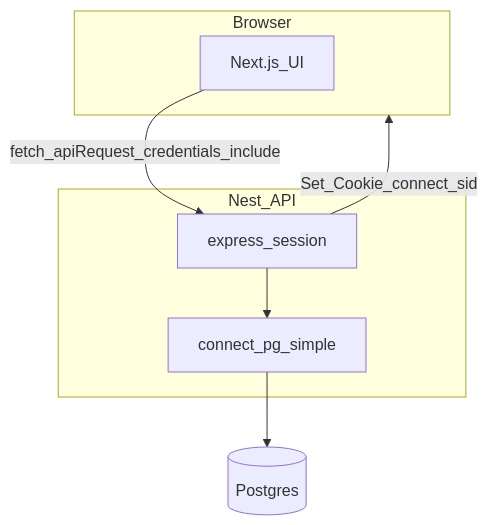
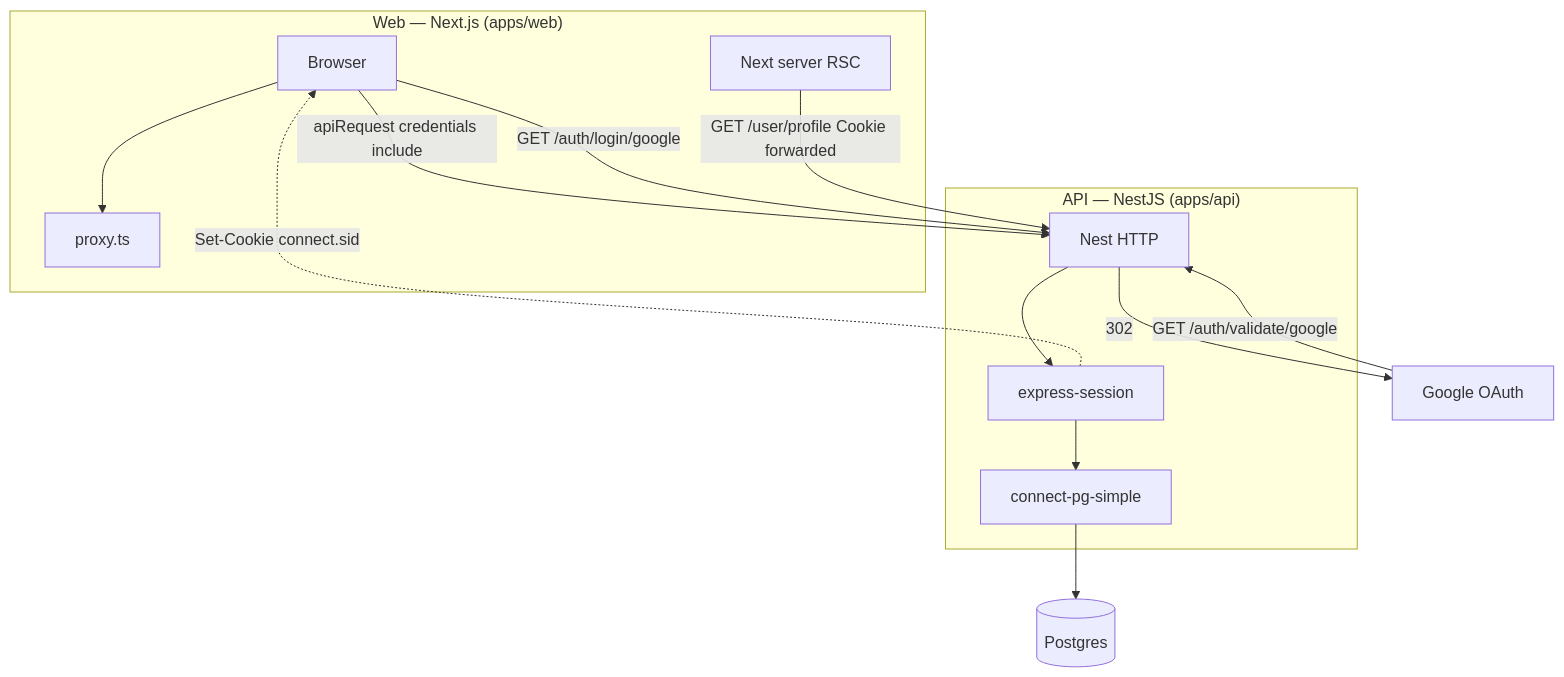
Before and after one commit to vzkiss/nest-next-oauth-sessions: the diagram in README.md, drawn with Mermaid. The commit also changed other lines of this file and 1 other file, not shown here.

Commit message:
update docs diagram

````diff
--- a/README.md
+++ b/README.md
@@ -162,15 +164,28 @@
 ```mermaid
 flowchart TB
-  subgraph browser [Browser]
-    NextUI[Next.js_UI]
+  subgraph WEB ["Web — Next.js (apps/web)"]
+    BR[Browser]
+    RSC[Next server RSC]
+    PX[proxy.ts]
   end
-  subgraph api [Nest_API]
-    ExpressSession[express_session]
-    PgStore[connect_pg_simple]
+
+  subgraph API ["API — NestJS (apps/api)"]
+    NEST[Nest HTTP]
+    SESS[express-session]
+    CPS[connect-pg-simple]
   end
+
+  GOOGLE[Google OAuth]
   DB[(Postgres)]
-  NextUI -->|"fetch_apiRequest_credentials_include"| ExpressSession
-  ExpressSession -->|"Set_Cookie_connect_sid"| browser
-  ExpressSession --> PgStore
-  PgStore --> DB
+
+  BR --> PX
+  BR -->|"apiRequest credentials include"| NEST
+  BR -->|"GET /auth/login/google"| NEST
+  RSC -->|"GET /user/profile Cookie forwarded"| NEST
+  NEST -->|"302"| GOOGLE
+  GOOGLE -->|"GET /auth/validate/google"| NEST
+  NEST --> SESS
+  SESS --> CPS
+  CPS --> DB
+  SESS -.->|"Set-Cookie connect.sid"| BR
 ```
````
